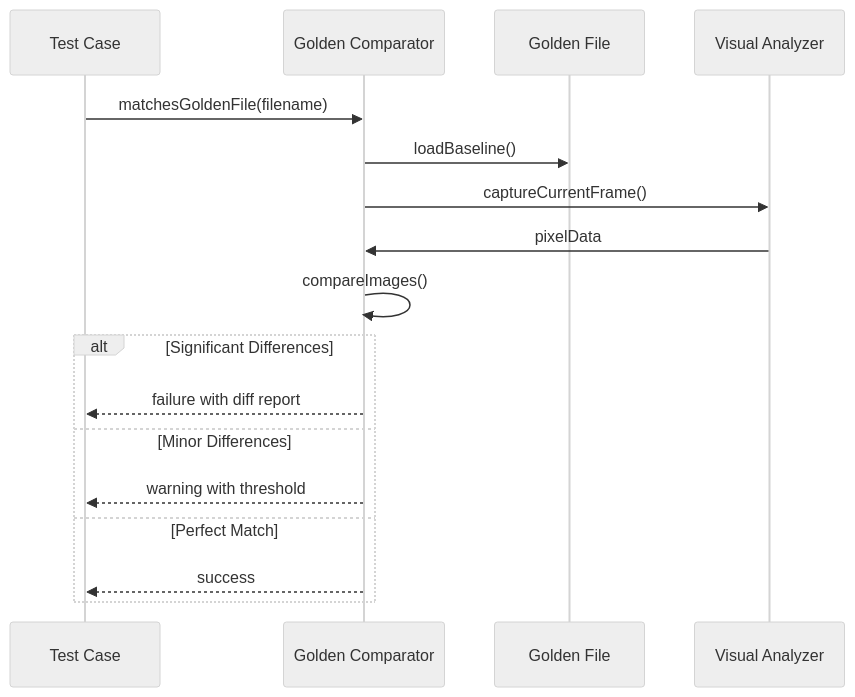
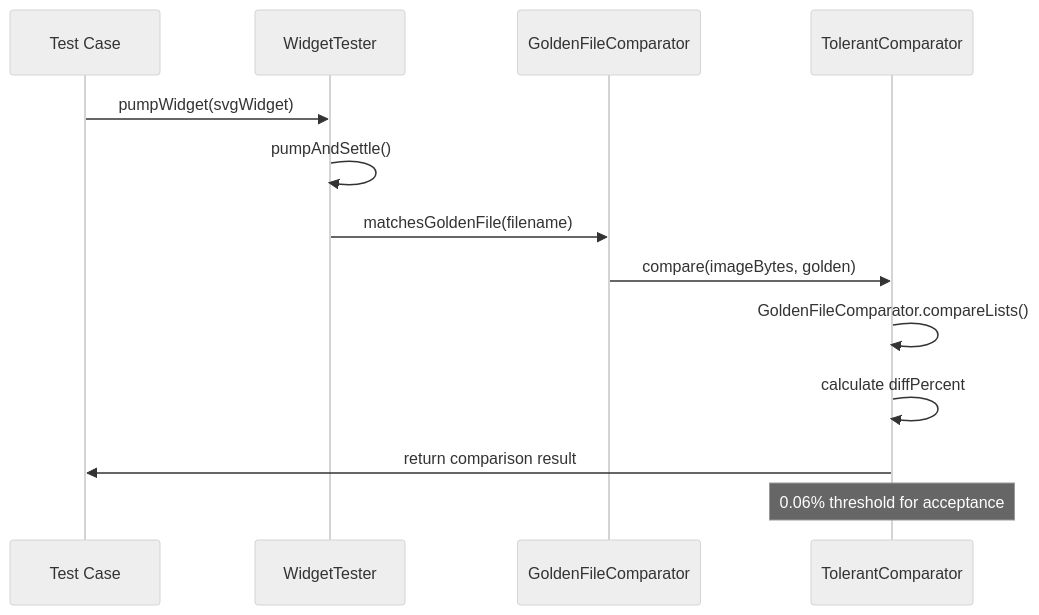
One commit to denisnadey/flutter_full_svg_support changed the third of 8 diagrams in .qoder/repowiki/en/content/Testing and Quality Assurance/Testing Infrastructure Documentation.md. Above: the diagram before and after it, drawn with Mermaid (neutral theme). The commit also changed other lines of this file and 33 other files, not shown here.

````diff
--- a/.qoder/repowiki/en/content/Testing and Quality Assurance/Testing Infrastructure Documentation.md
+++ b/.qoder/repowiki/en/content/Testing and Quality Assurance/Testing Infrastructure Documentation.md
@@ -181,19 +135,15 @@
 ```mermaid
 sequenceDiagram
 participant Test as Test Case
-participant Comparator as Golden Comparator
-participant File as Golden File
-participant Analyzer as Visual Analyzer
-Test->>Comparator : matchesGoldenFile(filename)
-Comparator->>File : loadBaseline()
-Comparator->>Analyzer : captureCurrentFrame()
-Analyzer->>Comparator : pixelData
-Comparator->>Comparator : compareImages()
-alt Significant Differences
-Comparator-->>Test : failure with diff report
-else Minor Differences
-Comparator-->>Test : warning with threshold
-else Perfect Match
-Comparator-->>Test : success
-end
+participant Widget as WidgetTester
+participant Golden as GoldenFileComparator
+participant Comparator as TolerantComparator
+Test->>Widget : pumpWidget(svgWidget)
+Widget->>Widget : pumpAndSettle()
+Widget->>Golden : matchesGoldenFile(filename)
+Golden->>Comparator : compare(imageBytes, golden)
+Comparator->>Comparator : GoldenFileComparator.compareLists()
+Comparator->>Comparator : calculate diffPercent
+Comparator->>Test : return comparison result
+Note over Comparator : 0.06% threshold for acceptance
 ```
````
